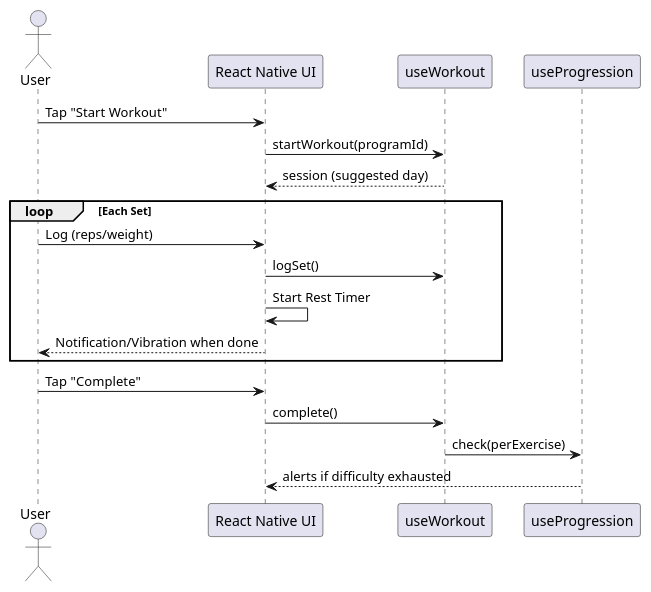
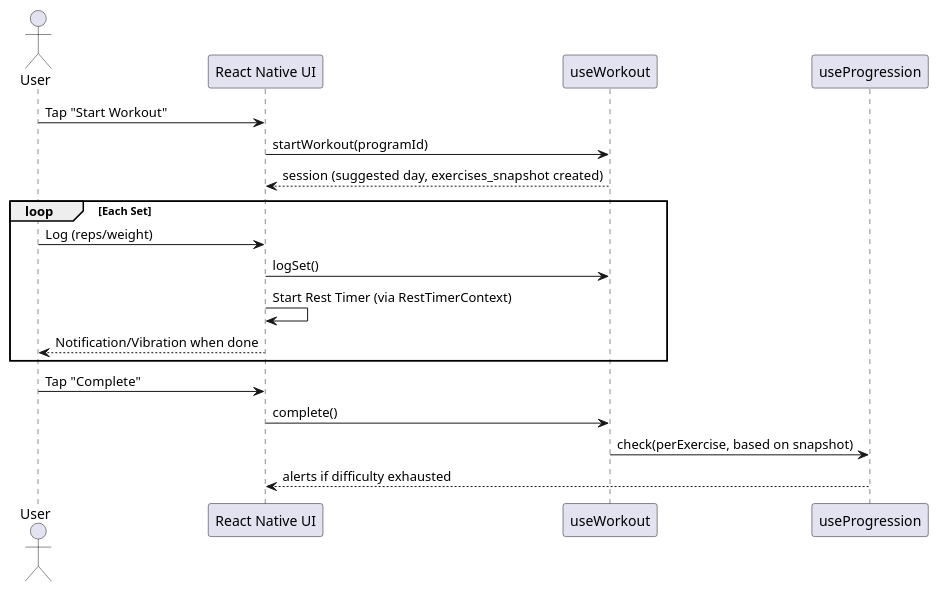
Before and after one commit to jfdg01/gym-tracker-v2: the first of 2 diagrams in docs/design-doc.md, drawn with PlantUML. The commit also changed other lines of this file and 1 other file, not shown here.

````diff
--- a/docs/design-doc.md
+++ b/docs/design-doc.md
@@ -308,24 +331,24 @@
 ```plantuml
 @startuml
 actor User
 participant UI as "React Native UI"
 participant WorkoutHook as "useWorkout"
 participant ProgressionHook as "useProgression"
 
 User -> UI: Tap "Start Workout"
 UI -> WorkoutHook: startWorkout(programId)
-WorkoutHook --> UI: session (suggested day)
+WorkoutHook --> UI: session (suggested day, exercises_snapshot created)
 
 loop Each Set
     User -> UI: Log (reps/weight)
     UI -> WorkoutHook: logSet()
-    UI -> UI: Start Rest Timer
+    UI -> UI: Start Rest Timer (via RestTimerContext)
     UI --> User: Notification/Vibration when done
 end
 
 User -> UI: Tap "Complete"
 UI -> WorkoutHook: complete()
-WorkoutHook -> ProgressionHook: check(perExercise)
+WorkoutHook -> ProgressionHook: check(perExercise, based on snapshot)
 ProgressionHook --> UI: alerts if difficulty exhausted
 @enduml
 ```
````
